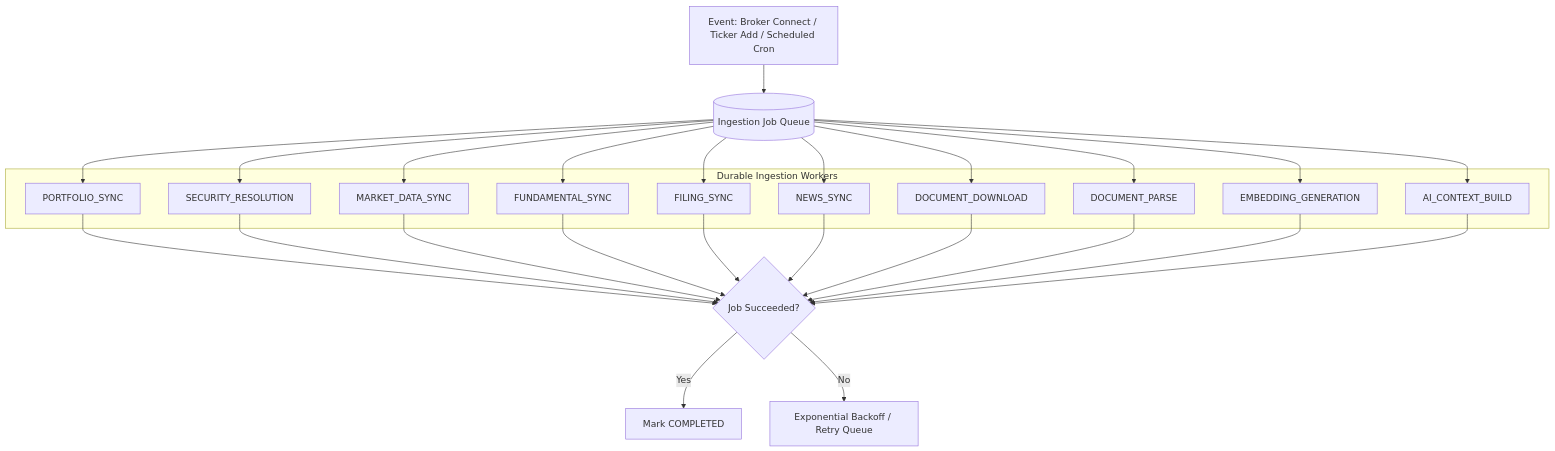
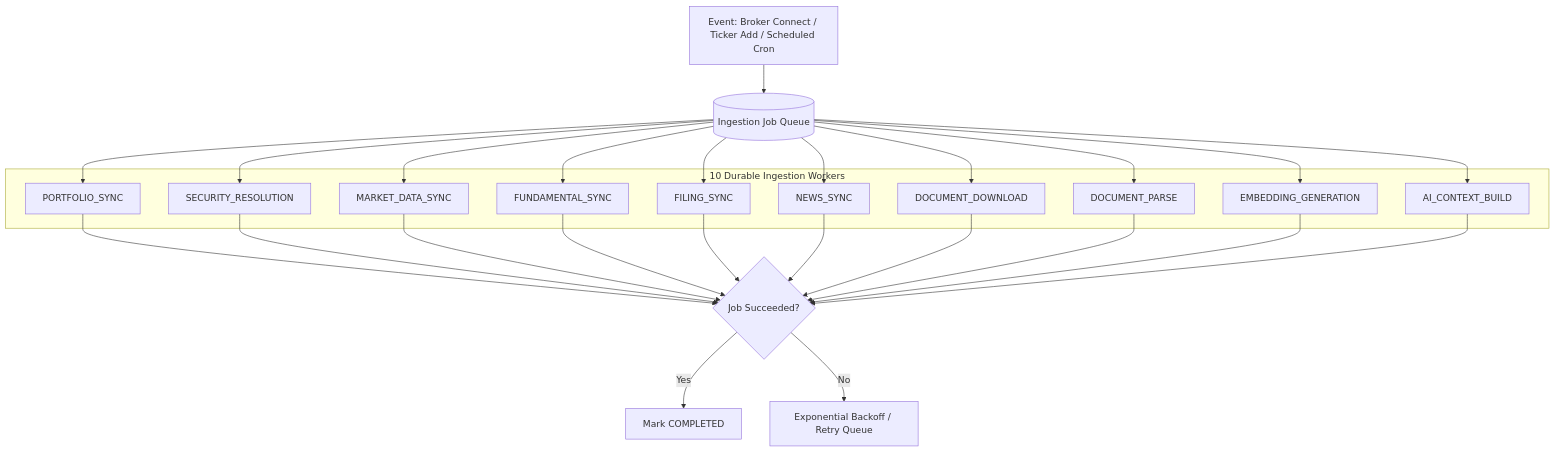
One commit to abhivardhan20-coder/FillEx changed diagram 12 of 13 in README.md. Above: the diagram before and after it, drawn with Mermaid. The commit also changed other lines of this file, not shown here.

````diff
--- a/README.md
+++ b/README.md
@@ -665,22 +705,22 @@
 ```mermaid
 flowchart TD
     TRIGGER[Event: Broker Connect / Ticker Add / Scheduled Cron] --> Q[(Ingestion Job Queue)]
 
-    subgraph Workers["Durable Ingestion Workers"]
+    subgraph Workers["10 Durable Ingestion Workers"]
         W1[PORTFOLIO_SYNC]
         W2[SECURITY_RESOLUTION]
         W3[MARKET_DATA_SYNC]
         W4[FUNDAMENTAL_SYNC]
         W5[FILING_SYNC]
         W6[NEWS_SYNC]
         W7[DOCUMENT_DOWNLOAD]
         W8[DOCUMENT_PARSE]
         W9[EMBEDDING_GENERATION]
         W10[AI_CONTEXT_BUILD]
     end
 
     Q --> W1 & W2 & W3 & W4 & W5 & W6 & W7 & W8 & W9 & W10
     W1 & W2 & W3 & W4 & W5 & W6 & W7 & W8 & W9 & W10 --> RETRY{Job Succeeded?}
     RETRY -->|Yes| DONE[Mark COMPLETED]
     RETRY -->|No| RETRY_LOGIC[Exponential Backoff / Retry Queue]
 ```
````
